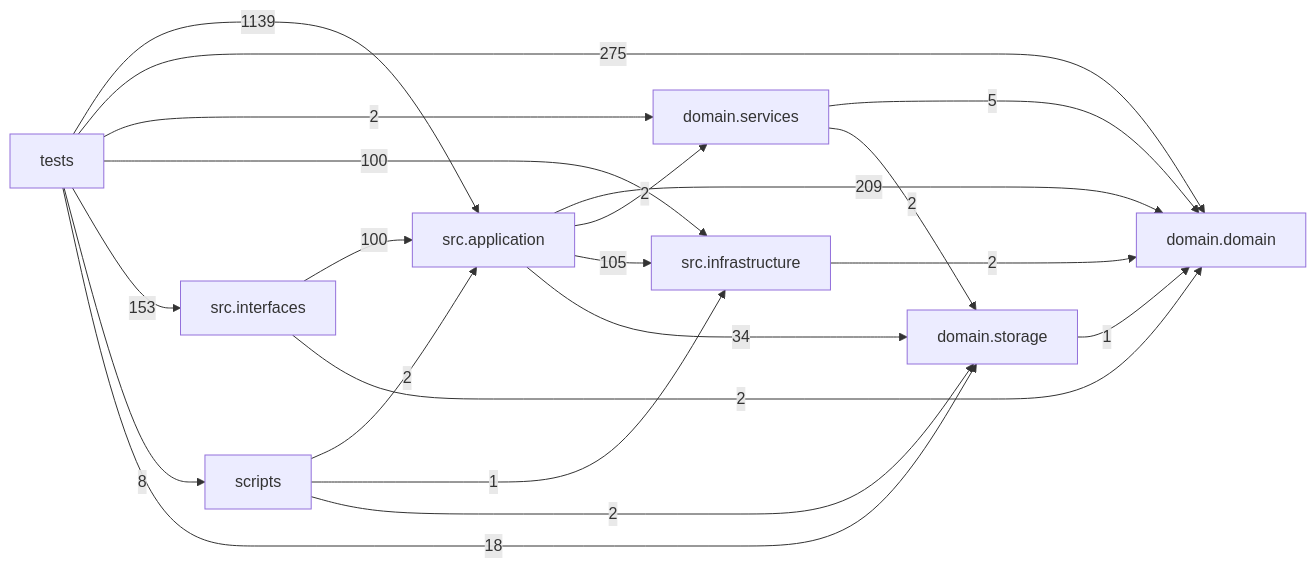
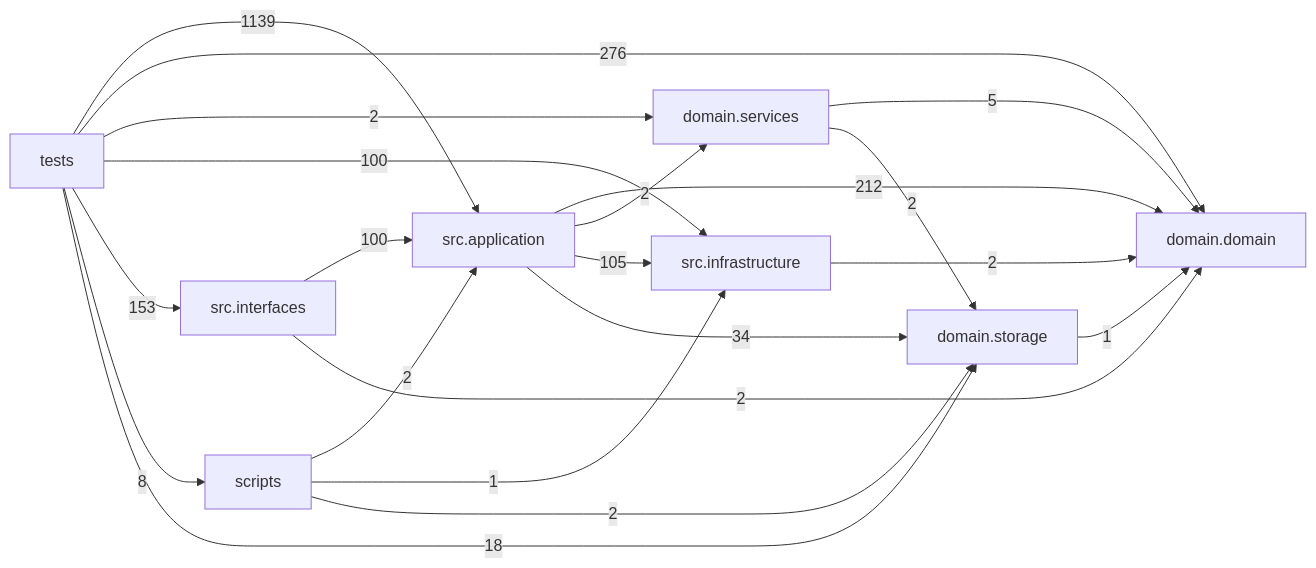
Before and after one commit to liuxie066/options-monitor: the diagram in docs/DEPENDENCY_GRAPH.md, drawn with Mermaid. The commit also changed other lines of this file and 11 other files, not shown here.

````diff
--- a/docs/DEPENDENCY_GRAPH.md
+++ b/docs/DEPENDENCY_GRAPH.md
@@ -24,31 +24,31 @@
 ```mermaid
 flowchart LR
   tests["tests"]
   scripts["scripts"]
   interfaces["src.interfaces"]
   application["src.application"]
   infrastructure["src.infrastructure"]
   domain_services["domain.services"]
   domain["domain.domain"]
   storage["domain.storage"]
-  application -->|209| domain
+  application -->|212| domain
   application -->|2| domain_services
   application -->|105| infrastructure
   application -->|34| storage
   domain_services -->|5| domain
   domain_services -->|2| storage
   infrastructure -->|2| domain
   interfaces -->|100| application
   interfaces -->|2| domain
   scripts -->|2| application
   scripts -->|1| infrastructure
   scripts -->|2| storage
   storage -->|1| domain
   tests -->|1139| application
-  tests -->|275| domain
+  tests -->|276| domain
   tests -->|2| domain_services
   tests -->|100| infrastructure
   tests -->|153| interfaces
   tests -->|8| scripts
   tests -->|18| storage
 ```
````
